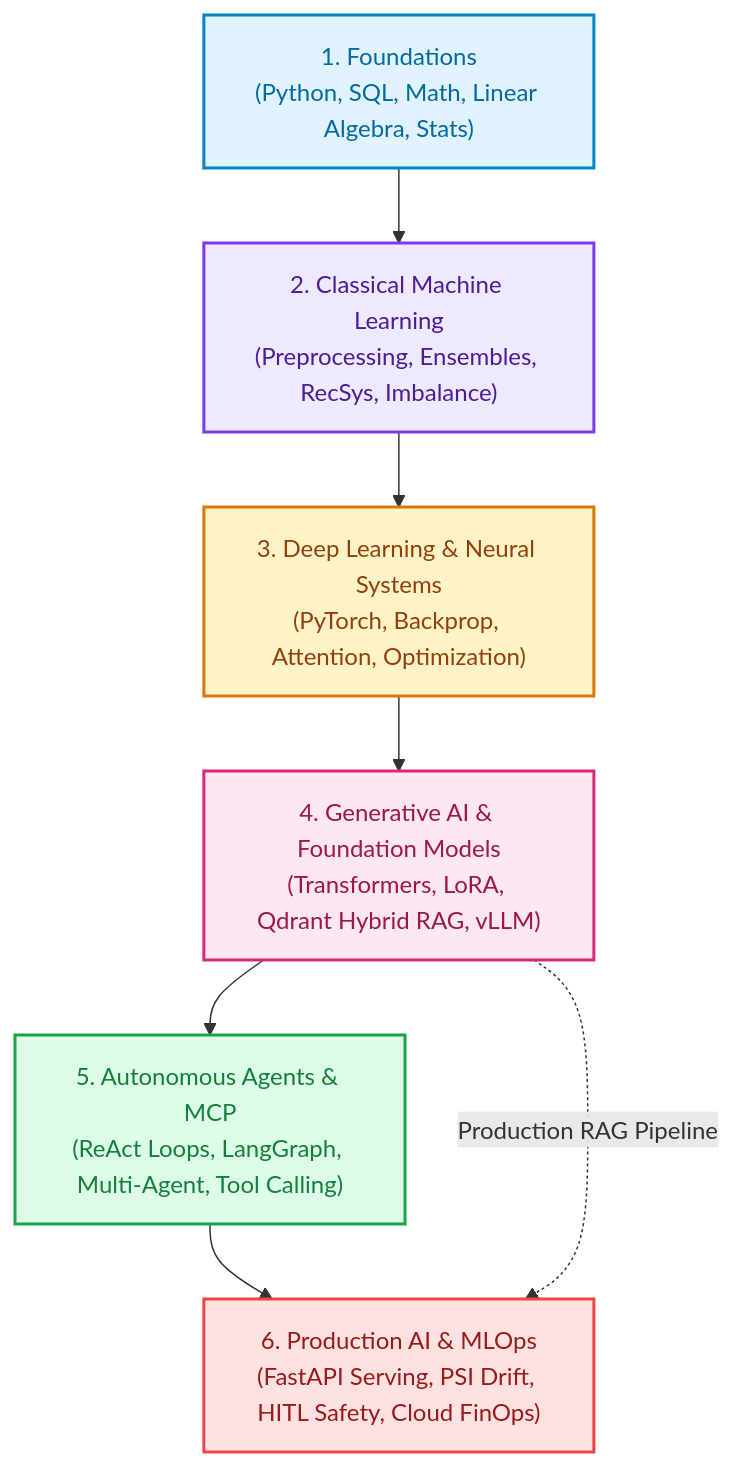
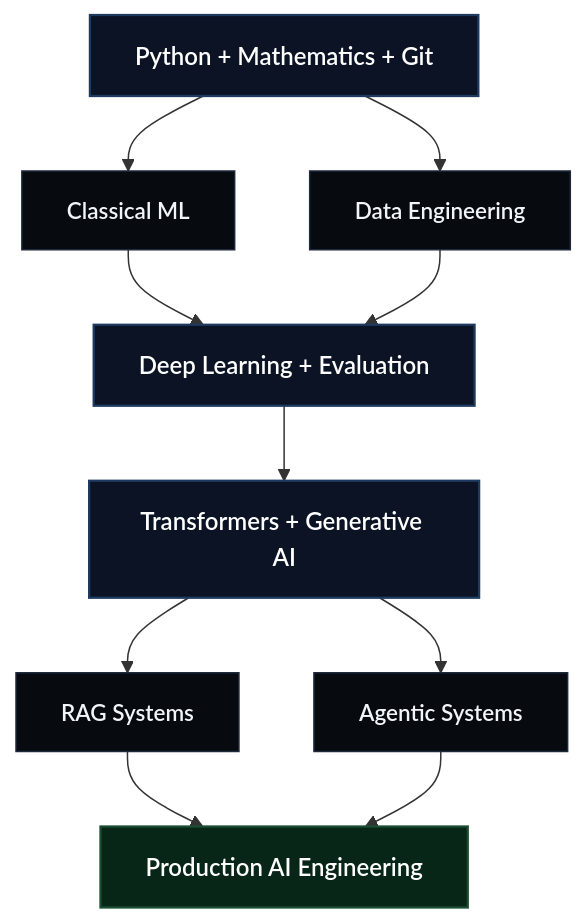
Before and after one commit to FirdowsRahaman/agentic-ai-and-ml-roadmap: the diagram in ROADMAP.md, drawn with Mermaid. The commit also changed other lines of this file and 3 other files, not shown here.

Commit message:
docs: add prerequisite dependency graph diagram and flowcharts

````diff
--- a/ROADMAP.md
+++ b/ROADMAP.md
@@ -11,30 +17,25 @@
 ```mermaid
 flowchart TD
-    T1["1. Foundations<br/>(Python, SQL, Math, Linear Algebra, Stats)"]
-    T2["2. Classical Machine Learning<br/>(Preprocessing, Ensembles, RecSys, Imbalance)"]
-    T3["3. Deep Learning & Neural Systems<br/>(PyTorch, Backprop, Attention, Optimization)"]
-    T4["4. Generative AI & Foundation Models<br/>(Transformers, LoRA, Qdrant Hybrid RAG, vLLM)"]
-    T5["5. Autonomous Agents & MCP<br/>(ReAct Loops, LangGraph, Multi-Agent, Tool Calling)"]
-    T6["6. Production AI & MLOps<br/>(FastAPI Serving, PSI Drift, HITL Safety, Cloud FinOps)"]
+    A["Python + Mathematics + Git"]
+    B1["Classical ML"]
+    B2["Data Engineering"]
+    C["Deep Learning + Evaluation"]
+    D["Transformers + Generative AI"]
+    E1["RAG Systems"]
+    E2["Agentic Systems"]
+    F["Production AI Engineering"]
 
-    T1 --> T2
-    T2 --> T3
-    T3 --> T4
-    T4 --> T5
-    T5 --> T6
-    T4 -.->|"Production RAG Pipeline"| T6
+    A --> B1 & B2
+    B1 & B2 --> C
+    C --> D
+    D --> E1 & E2
+    E1 & E2 --> F
 
-    classDef f fill:#E0F2FE,stroke:#0284C7,stroke-width:2px,color:#0369A1;
-    classDef ml fill:#EDE9FE,stroke:#7C3AED,stroke-width:2px,color:#4C1D95;
-    classDef dl fill:#FEF3C7,stroke:#D97706,stroke-width:2px,color:#92400E;
-    classDef gen fill:#FCE7F3,stroke:#DB2777,stroke-width:2px,color:#9D174D;
-    classDef ag fill:#DCFCE7,stroke:#16A34A,stroke-width:2px,color:#15803D;
-    classDef prod fill:#FEE2E2,stroke:#EF4444,stroke-width:2px,color:#991B1B;
+    classDef base fill:#0B1325,stroke:#1E3A5F,stroke-width:1.5px,color:#FFFFFF,font-weight:600;
+    classDef branch fill:#070A0F,stroke:#1E293B,stroke-width:1px,color:#F1F5F9,font-size:15px,font-weight:600;
+    classDef prod fill:#082618,stroke:#1B4D32,stroke-width:1.5px,color:#FFFFFF,font-weight:600;
 
-    class T1 f;
-    class T2 ml;
-    class T3 dl;
-    class T4 gen;
-    class T5 ag;
-    class T6 prod;
+    class A,C,D base;
+    class B1,B2,E1,E2 branch;
+    class F prod;
 ```
````
